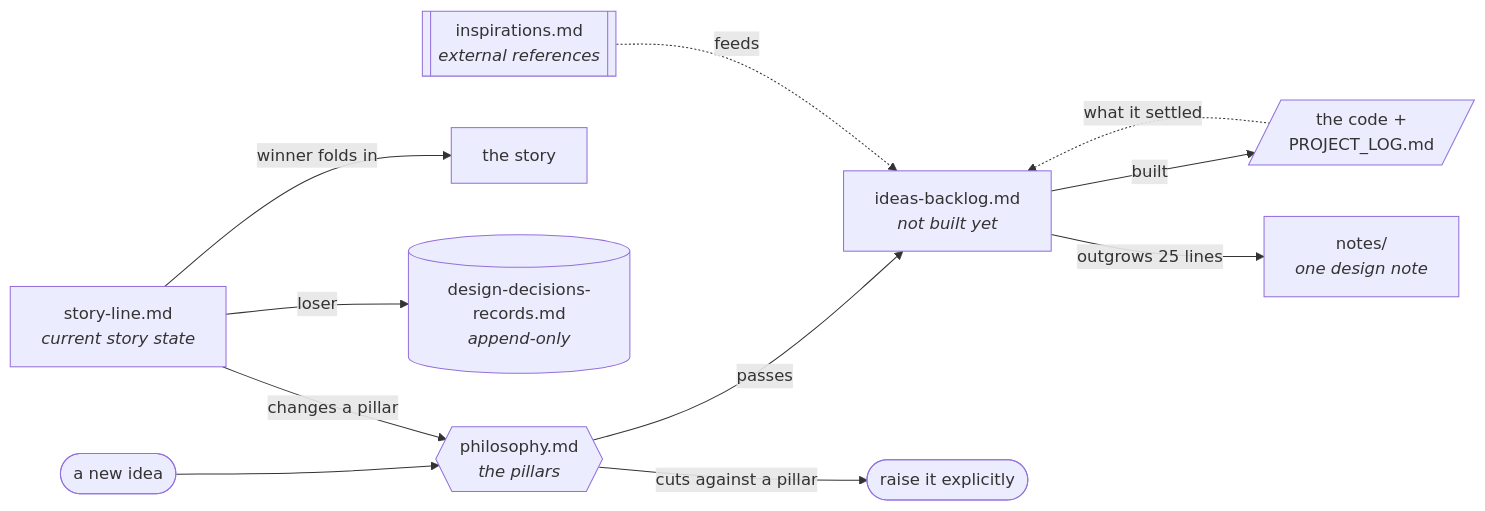
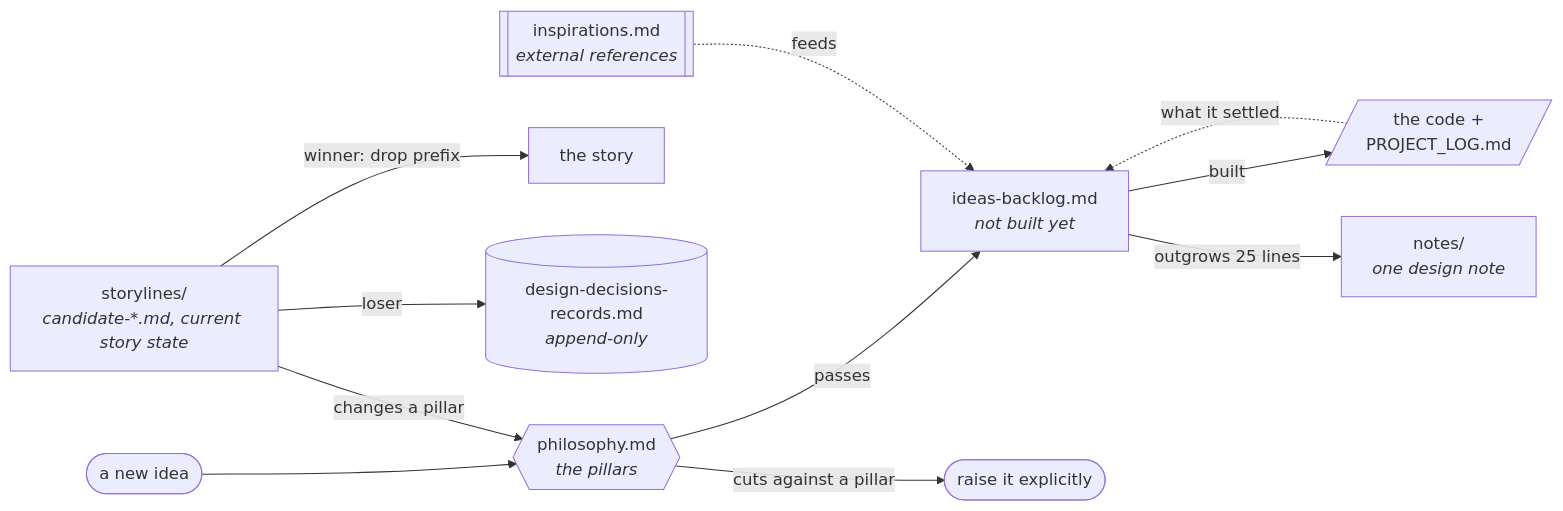
Before and after one commit to platypod/sphaze: the diagram in docs/game-design/README.md, drawn with Mermaid. The commit also changed other lines of this file and 9 other files, not shown here.

First line of the commit message:
doc(game-design): split story-line.md into storylines/, spec the pentagon-composing interface

````diff
--- a/docs/game-design/README.md
+++ b/docs/game-design/README.md
@@ -7,13 +7,13 @@
 ```mermaid
 flowchart LR
     idea([a new idea]) --> philosophy
     philosophy{{philosophy.md<br/><i>the pillars</i>}} -->|passes| backlog[ideas-backlog.md<br/><i>not built yet</i>]
     philosophy -->|cuts against a pillar| discuss([raise it explicitly])
     backlog -->|built| code[/the code +<br/>PROJECT_LOG.md/]
     backlog -->|outgrows 25 lines| notes[notes/<br/><i>one design note</i>]
-    story[story-line.md<br/><i>current story state</i>] -->|"winner folds in"| story2[the story]
+    story[storylines/<br/><i>candidate-*.md, current story state</i>] -->|"winner: drop prefix"| story2[the story]
     story -->|"loser"| records[(design-decisions-records.md<br/><i>append-only</i>)]
     story -->|changes a pillar| philosophy
     inspirations[[inspirations.md<br/><i>external references</i>]] -.->|feeds| backlog
     code -.->|what it settled| backlog
 ```
````
